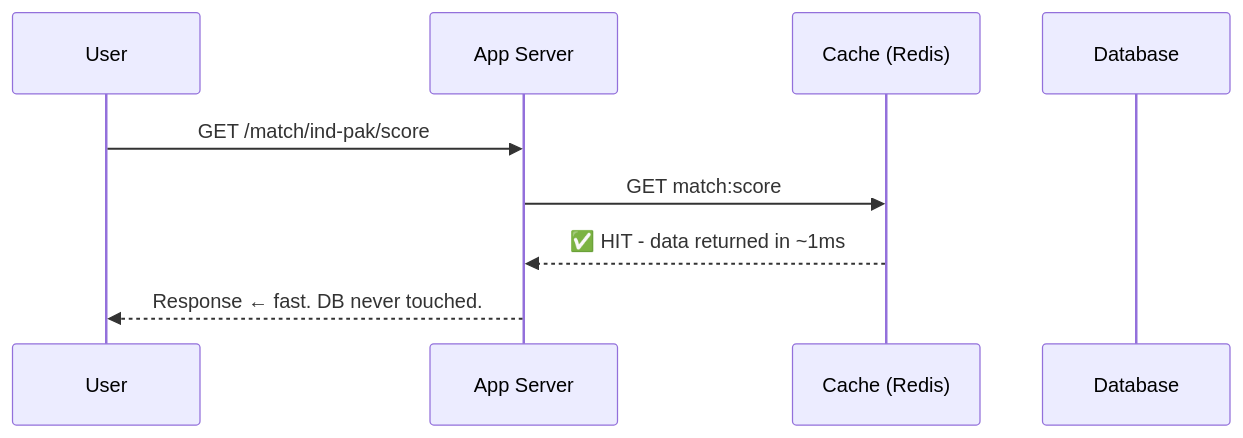
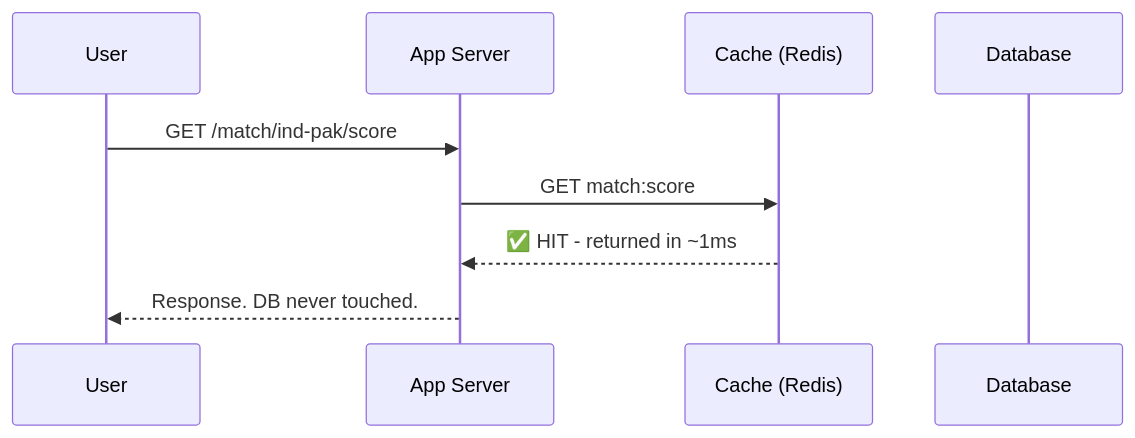
One commit to g-savitha/portfolio changed the first of 12 diagrams in content/posts/38-thundering-herd.md. Above: the diagram before and after it, drawn with Mermaid. The commit also changed other lines of this file, not shown here.

````diff
--- a/content/posts/38-thundering-herd.md
+++ b/content/posts/38-thundering-herd.md
@@ -67,12 +51,12 @@
 ```mermaid
 sequenceDiagram
     participant U as User
     participant App as App Server
     participant C as Cache (Redis)
     participant DB as Database
 
     U->>App: GET /match/ind-pak/score
     App->>C: GET match:score
-    C-->>App: ✅ HIT - data returned in ~1ms
-    App-->>U: Response ← fast. DB never touched.
+    C-->>App: ✅ HIT - returned in ~1ms
+    App-->>U: Response. DB never touched.
 ```
````
